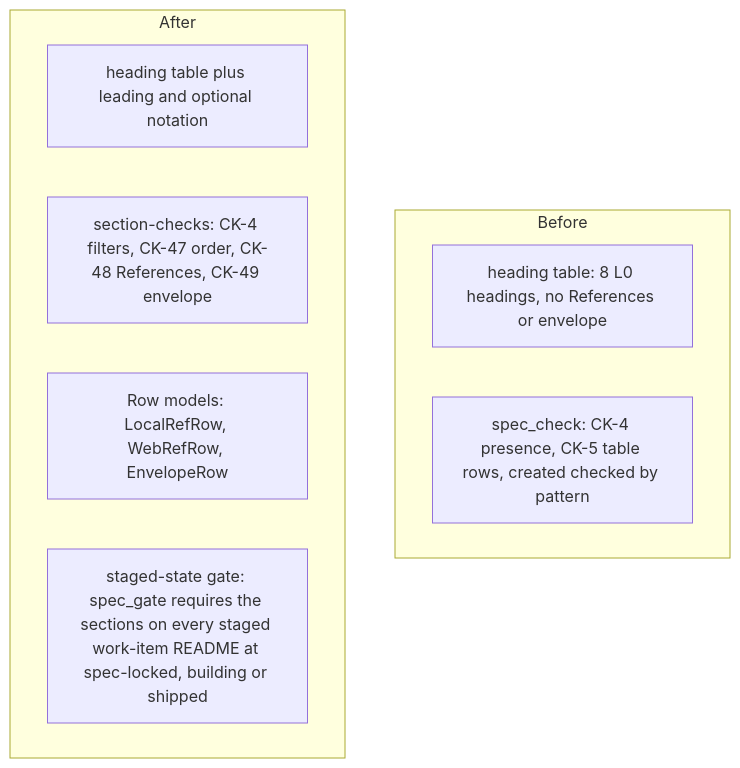
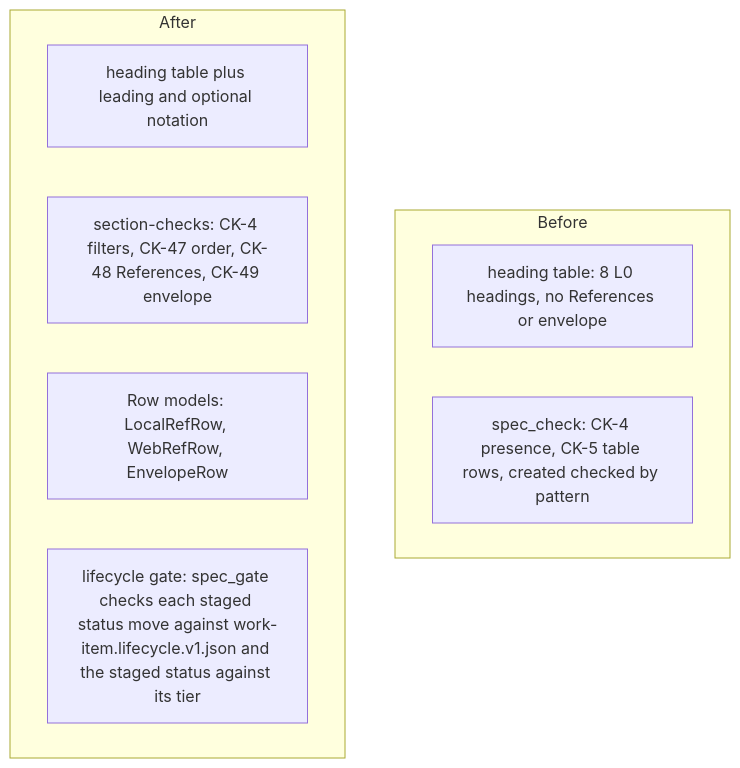
One commit to sibulus13/claudence changed the diagram in docs/work/spec-references-envelope/components.md. Above: the diagram before and after it, drawn with Mermaid. The commit also changed other lines of this file and 2 other files, not shown here.

First line of the commit message:
docs(work): lock spec-references-envelope (lifecycle as data, T1-T9)

````diff
--- a/docs/work/spec-references-envelope/components.md
+++ b/docs/work/spec-references-envelope/components.md
@@ -3,13 +3,13 @@
 ```mermaid
 flowchart TD
   subgraph Before
     B1[heading table: 8 L0 headings, no References or envelope]
     B2[spec_check: CK-4 presence, CK-5 table rows, created checked by pattern]
   end
   subgraph After
     A1[heading table plus leading and optional notation]
     A2[section-checks: CK-4 filters, CK-47 order, CK-48 References, CK-49 envelope]
     A3[Row models: LocalRefRow, WebRefRow, EnvelopeRow]
-    A4[staged-state gate: spec_gate requires the sections on every staged work-item README at spec-locked, building or shipped]
+    A4[lifecycle gate: spec_gate checks each staged status move against work-item.lifecycle.v1.json and the staged status against its tier]
   end
 ```
````
